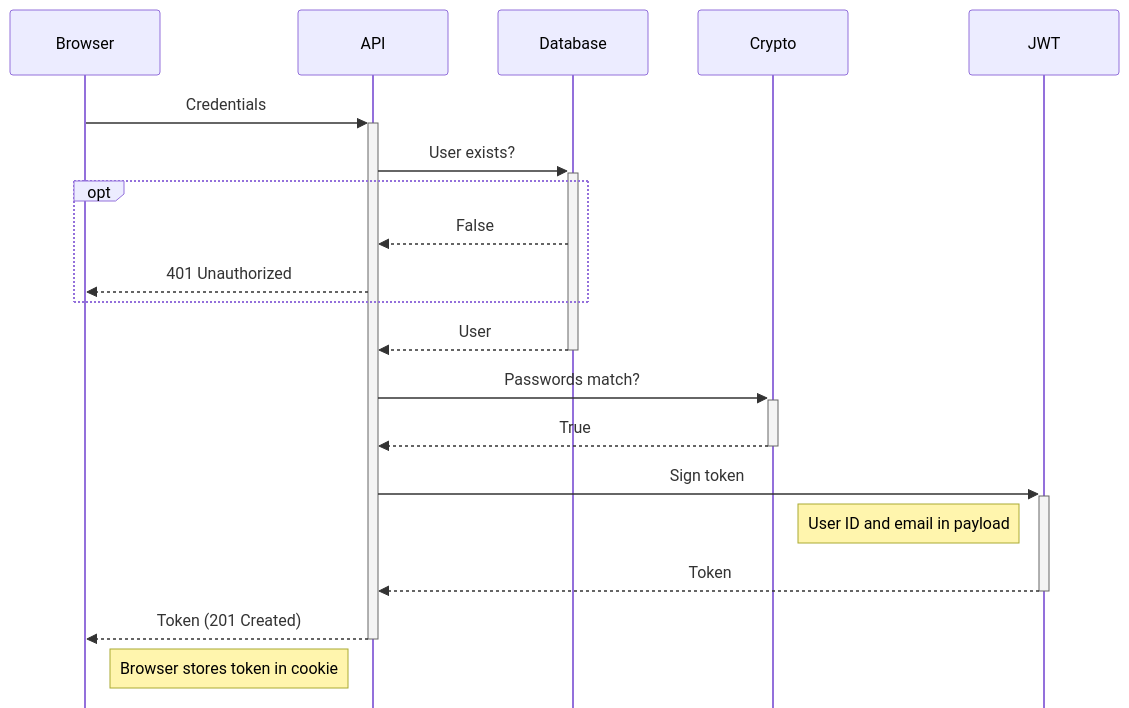
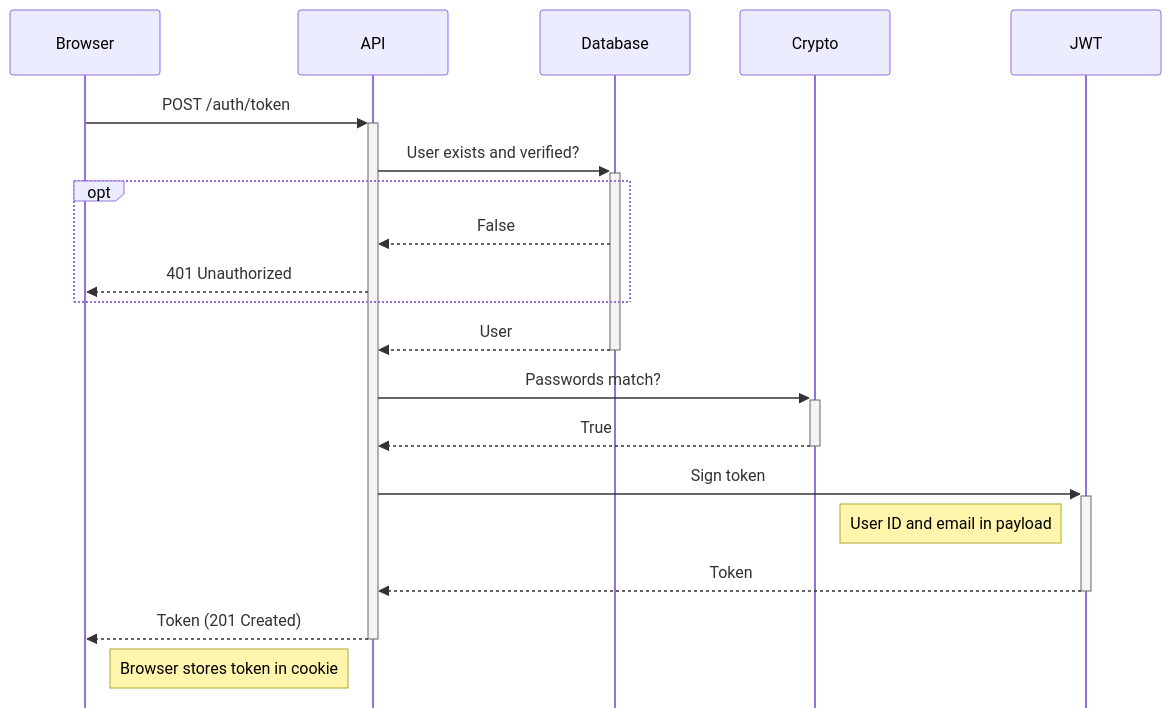
The fifth of 6 diagrams in recipes/users-auth/username-password.mdx (Code-Cookbook/code-cookbook.github.io), drawn with Mermaid before and after one commit. The commit also changed other lines of this file and 5 other files, not shown here.

````diff
--- a/recipes/users-auth/username-password.mdx
+++ b/recipes/users-auth/username-password.mdx
@@ -129,23 +201,23 @@
 ```mermaid
 %%{init: { "sequence": { "mirrorActors":false }}}%%
 sequenceDiagram
     participant Browser
     participant API
     participant Database
     participant Crypto
     participant JWT
-    Browser->>+API: Credentials
-    API->>+Database: User exists?
+    Browser->>+API: POST /auth/token
+    API->>+Database: User exists and verified?
     opt
       Database-->>API: False
       API-->>Browser: 401 Unauthorized
     end
     Database-->>-API: User
     API->>+Crypto: Passwords match?
     Crypto-->>-API: True
     API->>+JWT: Sign token
     Note left of JWT: User ID and email in payload
     JWT-->>-API: Token
     API-->>-Browser: Token (201 Created)
     Note right of Browser: Browser stores token in cookie
 ```
````
